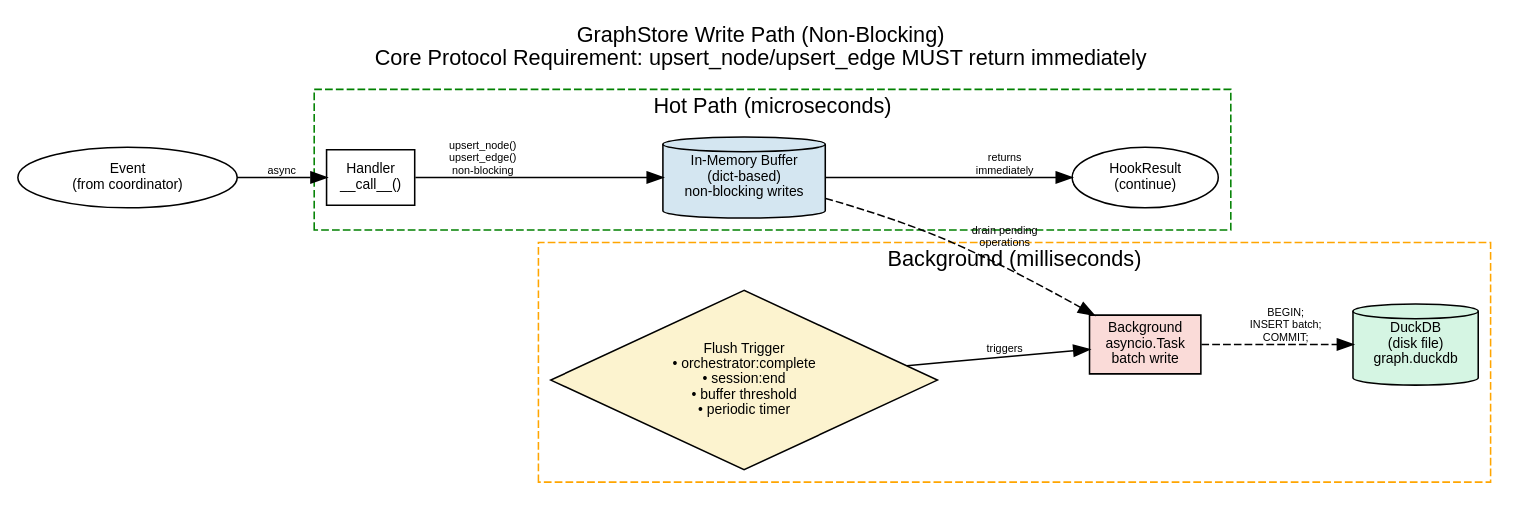
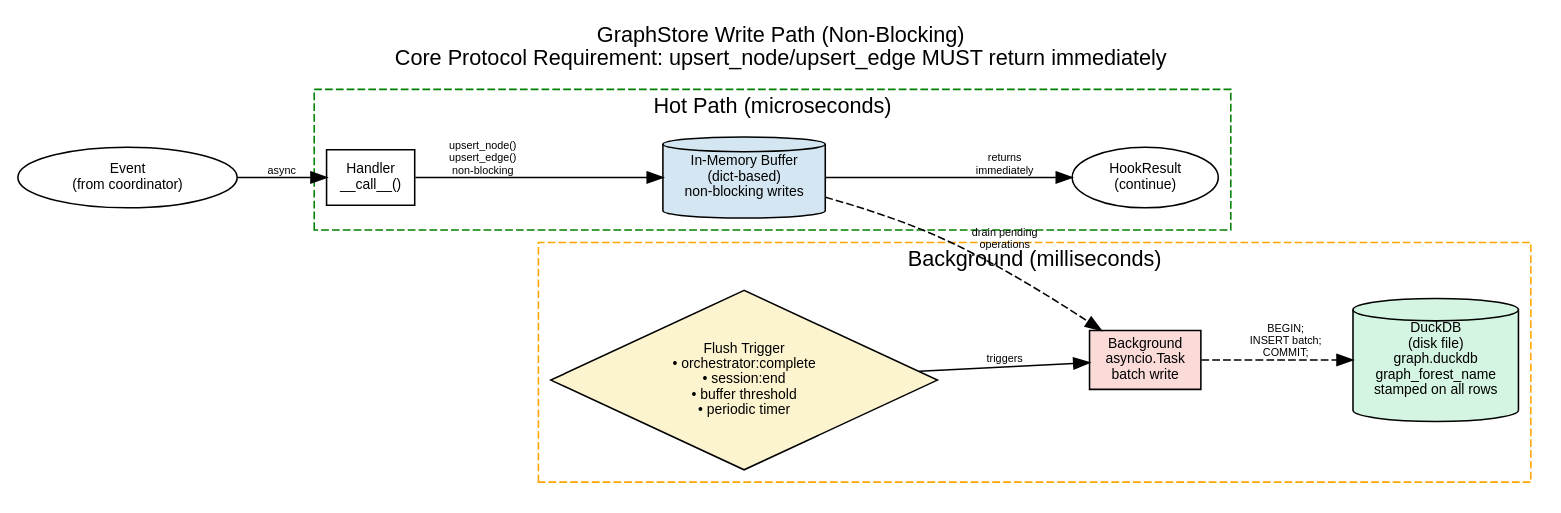
The diagram in context/write-path.dot (microsoft/amplifier-bundle-context-intelligence), drawn with Graphviz before and after one commit. The commit also changed 23 other files, not shown here.

First line of the commit message:
feat: forest-aware graph storage (#1)

```diff
--- a/context/write-path.dot
+++ b/context/write-path.dot
@@ -1,47 +1,47 @@
 digraph write_path {
     rankdir=LR;
     label="GraphStore Write Path (Non-Blocking)\nCore Protocol Requirement: upsert_node/upsert_edge MUST return immediately";
     labelloc=t;
     fontsize=14;
     fontname="Helvetica";
     node [fontname="Helvetica", fontsize=9];
     edge [fontname="Helvetica", fontsize=7];
 
     // Actors
     event [label="Event\n(from coordinator)" shape=oval];
     handler [label="Handler\n__call__()" shape=box];
     buffer [label="In-Memory Buffer\n(dict-based)\nnon-blocking writes"
             shape=cylinder style=filled fillcolor="#D4E6F1"];
     hook_result [label="HookResult\n(continue)" shape=oval];
 
     // Background
     flush_trigger [label="Flush Trigger\n• orchestrator:complete\n• session:end\n• buffer threshold\n• periodic timer"
                    shape=diamond style=filled fillcolor="#FCF3CF"];
     flush_task [label="Background\nasyncio.Task\nbatch write" shape=box
                 style=filled fillcolor="#FADBD8"];
-    duckdb [label="DuckDB\n(disk file)\ngraph.duckdb"
+    duckdb [label="DuckDB\n(disk file)\ngraph.duckdb\ngraph_forest_name\nstamped on all rows"
             shape=cylinder style=filled fillcolor="#D5F5E3"];
 
     // Hot path (fast)
     event -> handler [label="async"];
     handler -> buffer [label="upsert_node()\nupsert_edge()\nnon-blocking"];
     buffer -> hook_result [label="returns\nimmediately"];
 
     // Background flush (decoupled)
     flush_trigger -> flush_task [label="triggers"];
     buffer -> flush_task [label="drain pending\noperations" style=dashed];
     flush_task -> duckdb [label="BEGIN;\nINSERT batch;\nCOMMIT;"
                           style=dashed];
 
     // Subgraph for visual grouping
     subgraph cluster_hot {
         label="Hot Path (microseconds)";
         style=dashed; color=green;
         handler; buffer; hook_result;
     }
     subgraph cluster_background {
         label="Background (milliseconds)";
         style=dashed; color=orange;
         flush_trigger; flush_task; duckdb;
     }
 }
```
